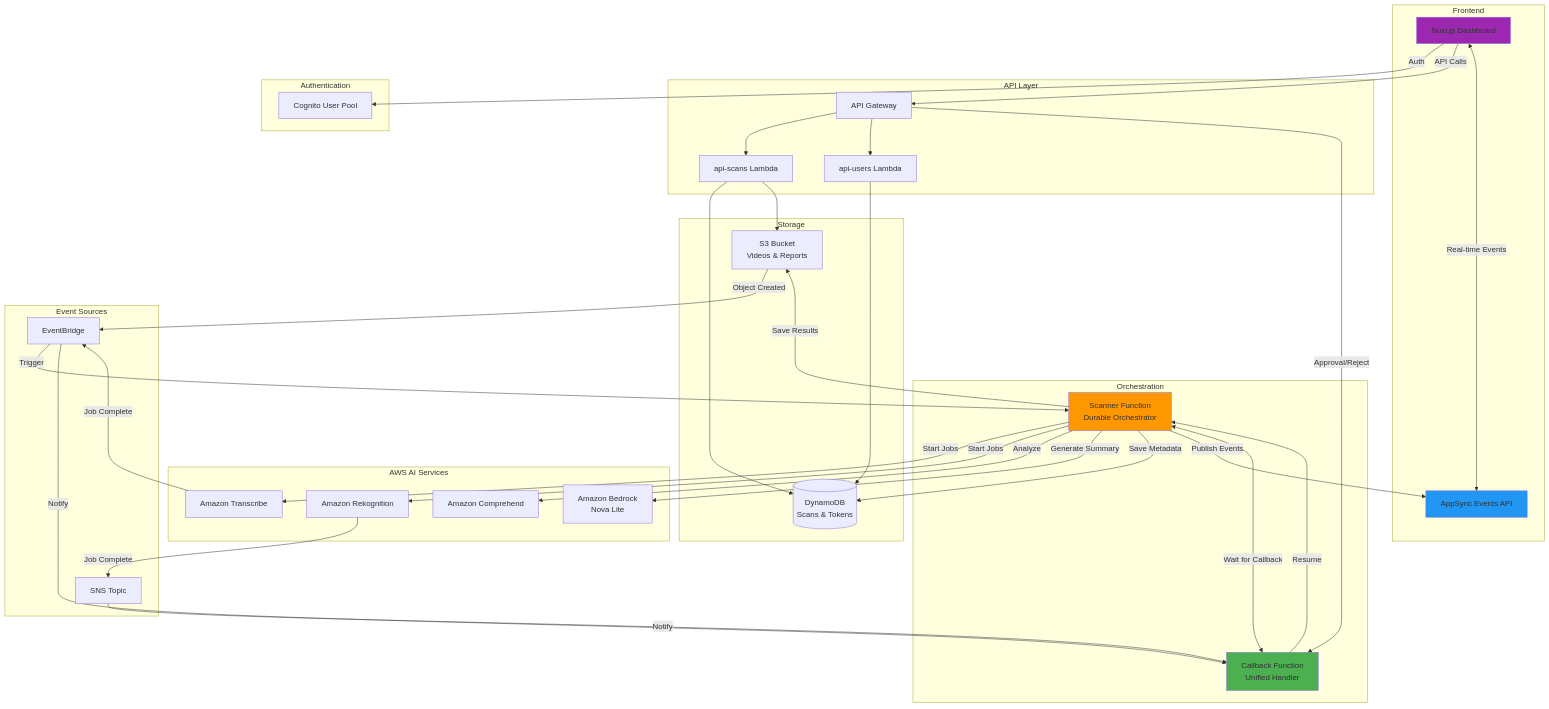
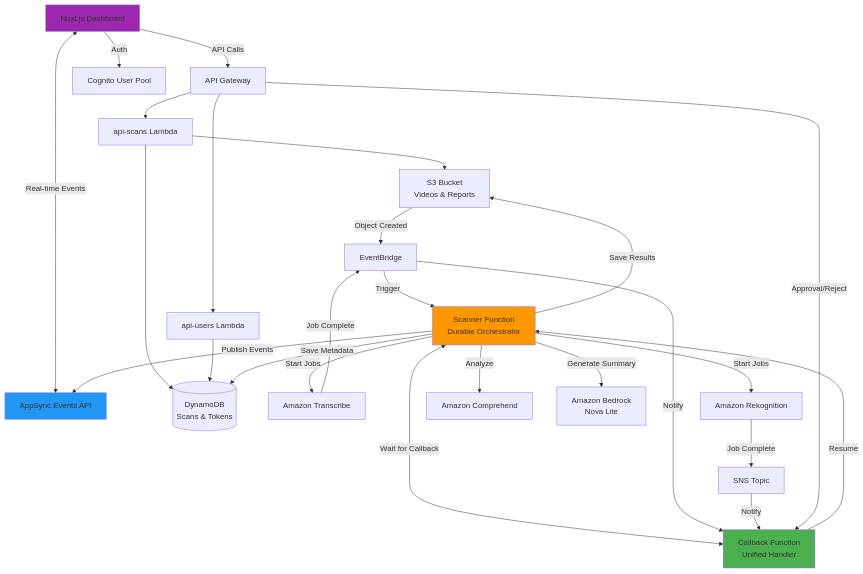
Before and after one commit to singledigit/durable-function-video-scanner: the first of 2 diagrams in README.md, drawn with Mermaid.

Commit message:
docs: simplify architecture diagram by removing subgraph layers

````diff
--- a/README.md
+++ b/README.md
@@ -13,76 +13,56 @@
 ```mermaid
 graph TB
-    subgraph "Frontend"
-        UI[Nuxt.js Dashboard]
-        AppSync[AppSync Events API]
-    end
-    
-    subgraph "API Layer"
-        APIGW[API Gateway]
-        APIScans[api-scans Lambda]
-        APIUsers[api-users Lambda]
-    end
-    
-    subgraph "Authentication"
-        Cognito[Cognito User Pool]
-    end
-    
-    subgraph "Storage"
-        S3[S3 Bucket<br/>Videos & Reports]
-        DDB[(DynamoDB<br/>Scans & Tokens)]
-    end
-    
-    subgraph "Orchestration"
-        Scanner[Scanner Function<br/>Durable Orchestrator]
-        Callback[Callback Function<br/>Unified Handler]
-    end
-    
-    subgraph "AWS AI Services"
-        Transcribe[Amazon Transcribe]
-        Rekognition[Amazon Rekognition]
-        Comprehend[Amazon Comprehend]
-        Bedrock[Amazon Bedrock<br/>Nova Lite]
-    end
-    
-    subgraph "Event Sources"
-        EventBridge[EventBridge]
-        SNS[SNS Topic]
-    end
+    UI[Nuxt.js Dashboard]
+    AppSync[AppSync Events API]
+    APIGW[API Gateway]
+    APIScans[api-scans Lambda]
+    APIUsers[api-users Lambda]
+    Cognito[Cognito User Pool]
+    S3[S3 Bucket<br/>Videos & Reports]
+    DDB[(DynamoDB<br/>Scans & Tokens)]
+    Scanner[Scanner Function<br/>Durable Orchestrator]
+    Callback[Callback Function<br/>Unified Handler]
+    Transcribe[Amazon Transcribe]
+    Rekognition[Amazon Rekognition]
+    Comprehend[Amazon Comprehend]
+    Bedrock[Amazon Bedrock<br/>Nova Lite]
+    EventBridge[EventBridge]
+    SNS[SNS Topic]
     
     UI -->|Auth| Cognito
     UI -->|API Calls| APIGW
     UI <-->|Real-time Events| AppSync
     
     APIGW --> APIScans
     APIGW --> APIUsers
     APIScans --> DDB
     APIUsers --> DDB
     APIScans --> S3
     
     S3 -->|Object Created| EventBridge
     EventBridge -->|Trigger| Scanner
     
     Scanner -->|Start Jobs| Transcribe
     Scanner -->|Start Jobs| Rekognition
     Scanner -->|Analyze| Comprehend
     Scanner -->|Generate Summary| Bedrock
     Scanner -->|Save Results| S3
     Scanner -->|Save Metadata| DDB
     Scanner -->|Publish Events| AppSync
     Scanner <-->|Wait for Callback| Callback
     
     Transcribe -->|Job Complete| EventBridge
     EventBridge -->|Notify| Callback
     
     Rekognition -->|Job Complete| SNS
     SNS -->|Notify| Callback
     
     APIGW -->|Approval/Reject| Callback
     
     Callback -->|Resume| Scanner
     
     style Scanner fill:#ff9800
     style Callback fill:#4caf50
     style AppSync fill:#2196f3
     style UI fill:#9c27b0
 ```
````
